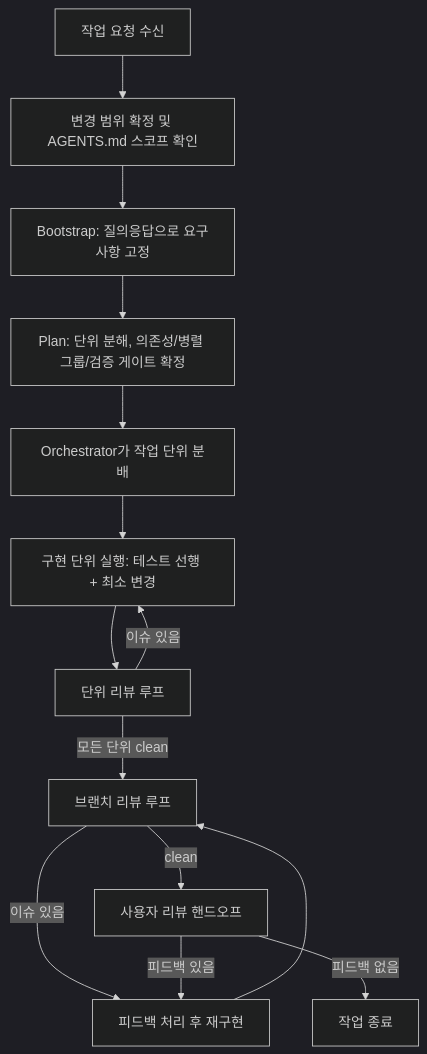
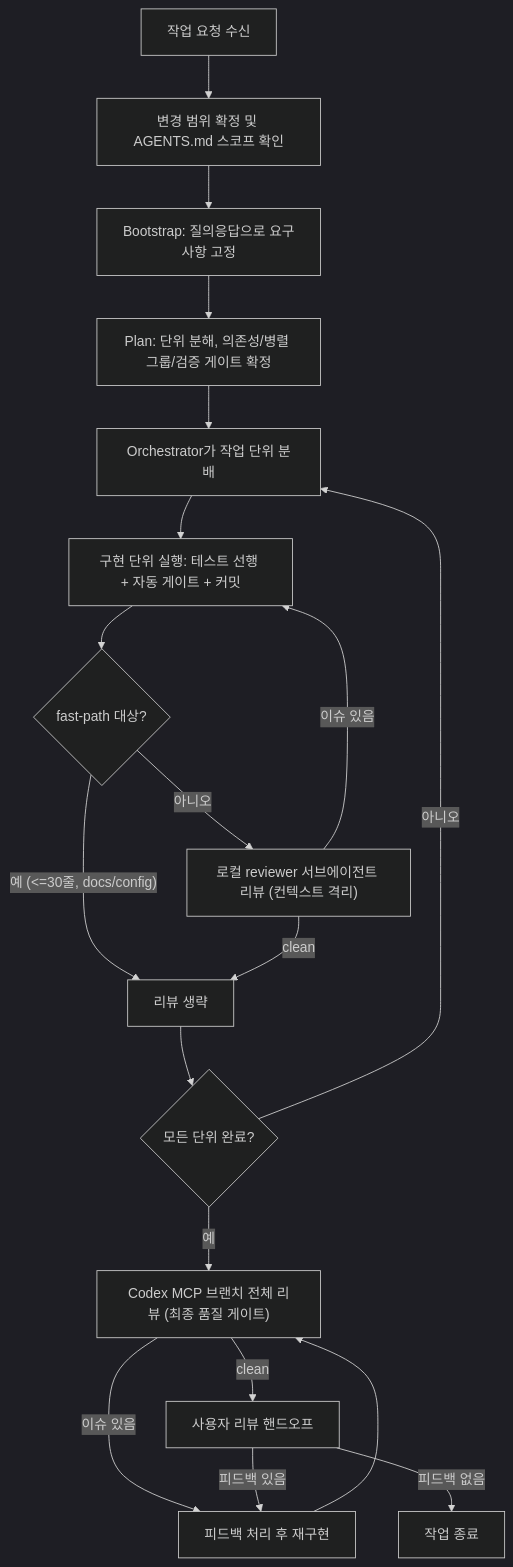
Before and after one commit to cartanova-ai/sonamu: the first of 2 diagrams in MANUAL_FOR_AGENTIC_WORKFLOW.md, drawn with Mermaid (dark theme). The commit also changed other lines of this file and 6 other files, not shown here.

First line of the commit message:
[*] docs: 리뷰 아키텍처 개선 - 유닛 리뷰 로컬화, autonomous HITL 면제, fast-path 추가

````diff
--- a/MANUAL_FOR_AGENTIC_WORKFLOW.md
+++ b/MANUAL_FOR_AGENTIC_WORKFLOW.md
@@ -55,16 +55,21 @@
 ```mermaid
 flowchart TD
   A["작업 요청 수신"] --> B["변경 범위 확정 및 AGENTS.md 스코프 확인"]
   B --> C["Bootstrap: 질의응답으로 요구사항 고정"]
   C --> D["Plan: 단위 분해, 의존성/병렬 그룹/검증 게이트 확정"]
   D --> E["Orchestrator가 작업 단위 분배"]
-  E --> F["구현 단위 실행: 테스트 선행 + 최소 변경"]
-  F --> G["단위 리뷰 루프"]
+  E --> F["구현 단위 실행: 테스트 선행 + 자동 게이트 + 커밋"]
+  F --> FP{"fast-path 대상?"}
+  FP -->|"예 (<=30줄, docs/config)"| G2["리뷰 생략"]
+  FP -->|"아니오"| G["로컬 reviewer 서브에이전트 리뷰 (컨텍스트 격리)"]
   G -->|"이슈 있음"| F
-  G -->|"모든 단위 clean"| H["브랜치 리뷰 루프"]
-  H -->|"이슈 있음"| I["피드백 처리 후 재구현"]
-  I --> H
-  H -->|"clean"| J["사용자 리뷰 핸드오프"]
-  J -->|"피드백 있음"| I
-  J -->|"피드백 없음"| K["작업 종료"]
+  G -->|"clean"| G2
+  G2 --> H{"모든 단위 완료?"}
+  H -->|"아니오"| E
+  H -->|"예"| I["Codex MCP 브랜치 전체 리뷰 (최종 품질 게이트)"]
+  I -->|"이슈 있음"| J["피드백 처리 후 재구현"]
+  J --> I
+  I -->|"clean"| K["사용자 리뷰 핸드오프"]
+  K -->|"피드백 있음"| J
+  K -->|"피드백 없음"| L["작업 종료"]
 ```
````
